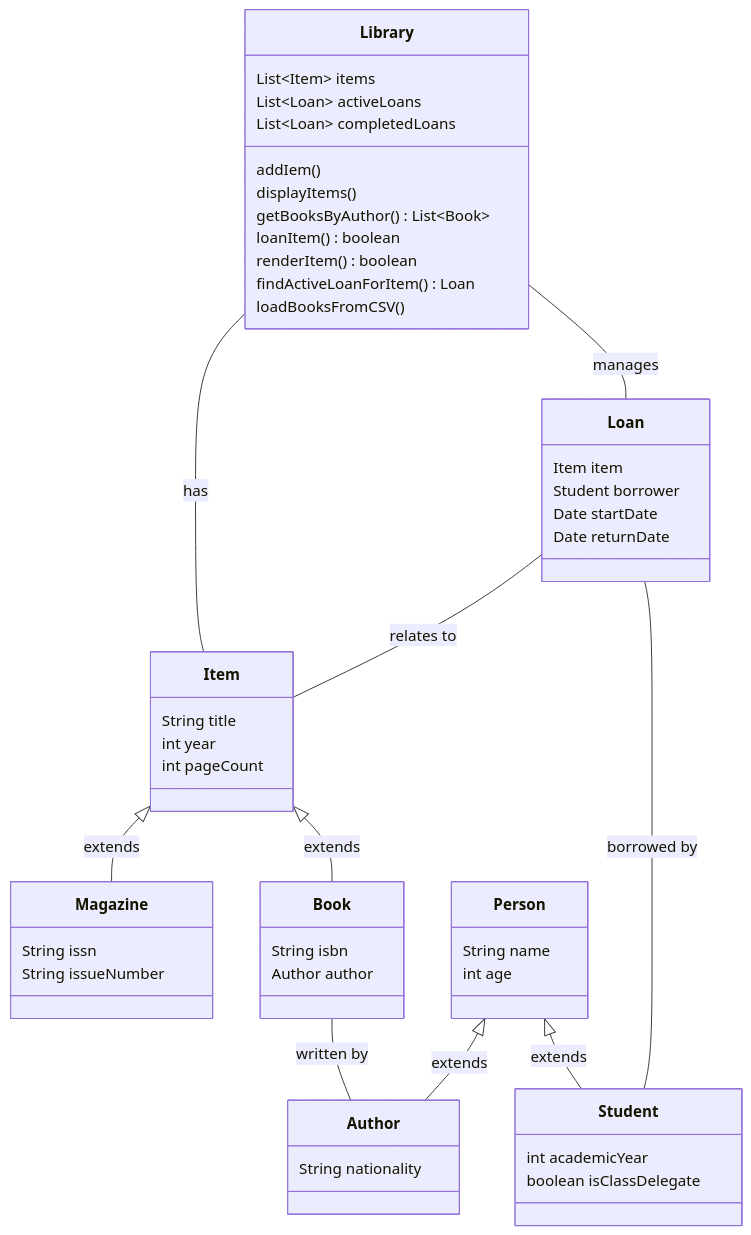
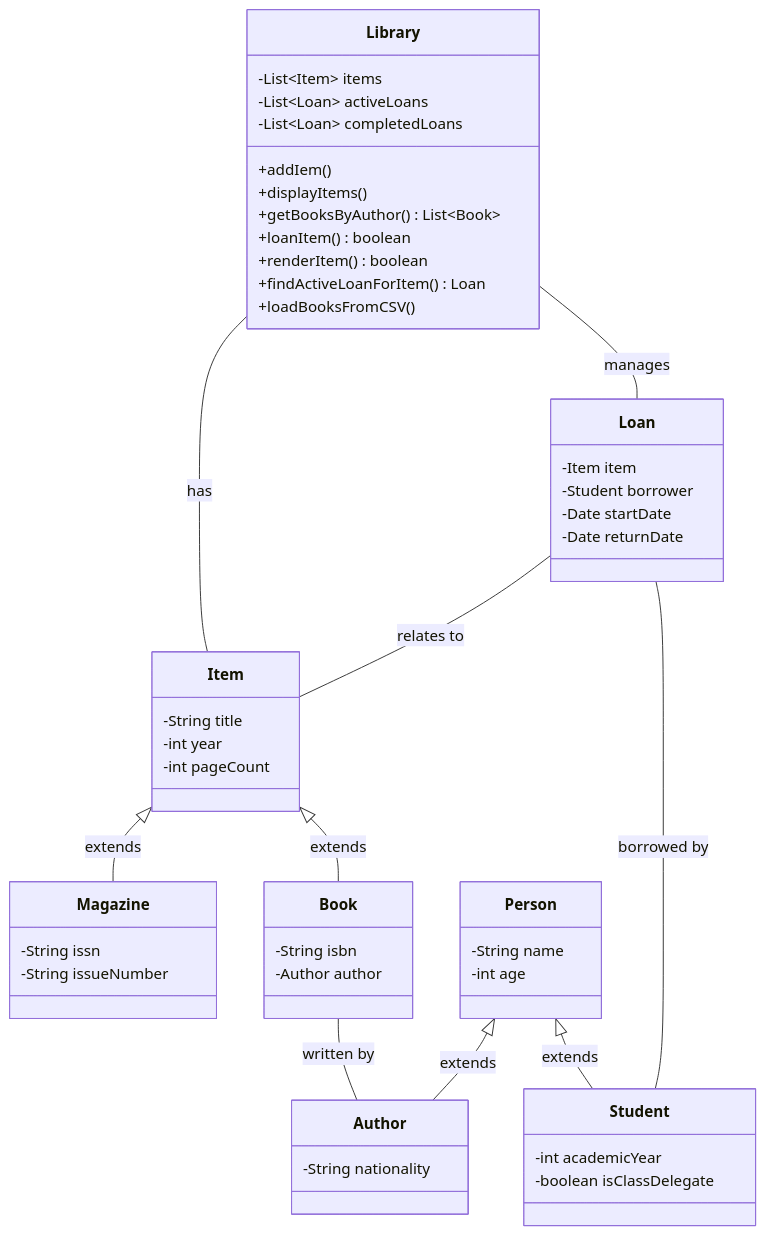
Before and after one commit to ludo2ne/ENSAI-2A-Java: the diagram in doc/tp/tp2.qmd, drawn with Mermaid. The commit also changed other lines of this file, not shown here.

Commit message:
tp2 done

````diff
--- a/doc/tp/tp2.qmd
+++ b/doc/tp/tp2.qmd
@@ -114,62 +114,62 @@
 ```{mermaid}
 classDiagram
     class Library {
-        List~Item~ items
-        List~Loan~ activeLoans
-        List~Loan~ completedLoans
-        addIem()
-        displayItems()
-        getBooksByAuthor() List~Book~
-        loanItem() boolean
-        renderItem() boolean
-        findActiveLoanForItem() Loan
-        loadBooksFromCSV()
+        -List~Item~ items
+        -List~Loan~ activeLoans
+        -List~Loan~ completedLoans
+        +addIem()
+        +displayItems()
+        +getBooksByAuthor() List~Book~
+        +loanItem() boolean
+        +renderItem() boolean
+        +findActiveLoanForItem() Loan
+        +loadBooksFromCSV()
     }
     
     class Item {
-        String title
-        int year
-        int pageCount
+        -String title
+        -int year
+        -int pageCount
     }
     
     class Book {
-        String isbn
-        Author author
+        -String isbn
+        -Author author
     }
     
     class Magazine {
-        String issn
-        String issueNumber
+        -String issn
+        -String issueNumber
     }
 
     class Person {
-        String name
-        int age
+        -String name
+        -int age
     }
 
     class Author {
-        String nationality
+        -String nationality
     }
 
     class Student {
-        int academicYear
-        boolean isClassDelegate
+        -int academicYear
+        -boolean isClassDelegate
     }
 
     class Loan {
-        Item item
-        Student borrower
-        Date startDate
-        Date returnDate
+        -Item item
+        -Student borrower
+        -Date startDate
+        -Date returnDate
     }
 
     Library  --  Item : has
     Library  --  Loan : manages
     Loan  --  Item : relates to
     Loan  --  Student : borrowed by
     Person <|-- Author : extends
     Person <|-- Student : extends
     Item <|-- Magazine : extends
     Item <|-- Book : extends
     Book  -- Author : written by
 ```
````
